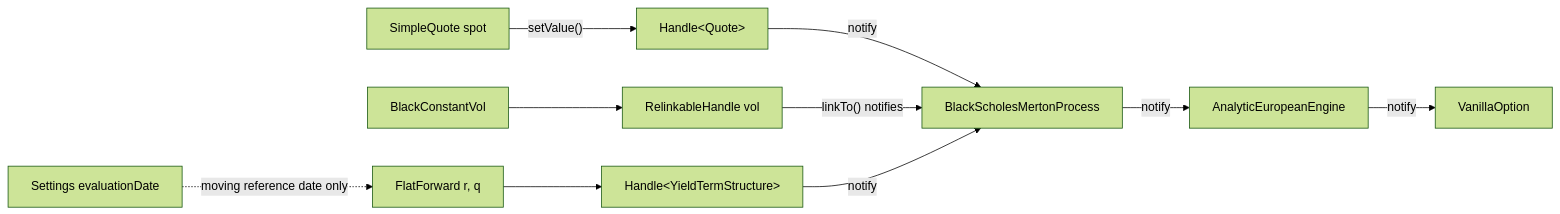
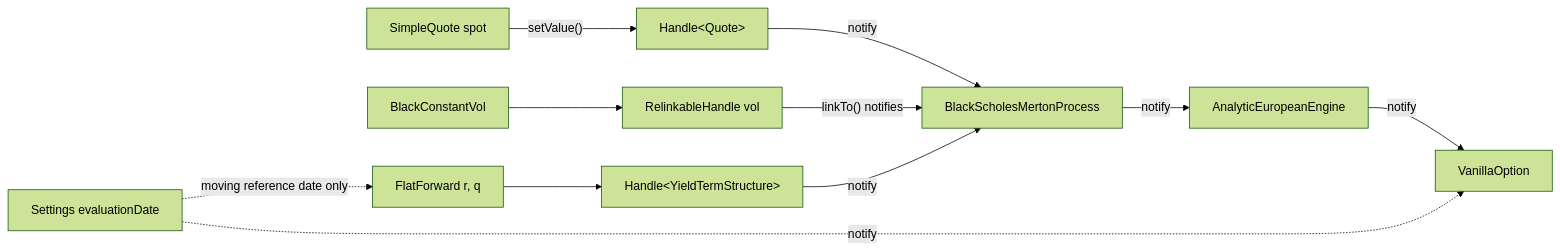
The first of 2 diagrams in _posts/2026-11-18-quantlib-architecture-pricing-library.md (rya-sge/access-denied), drawn with Mermaid (forest theme) before and after one commit. The commit also changed other lines of this file and 24 other files, not shown here.

````diff
--- a/_posts/2026-11-18-quantlib-architecture-pricing-library.md
+++ b/_posts/2026-11-18-quantlib-architecture-pricing-library.md
@@ -95,12 +107,13 @@
 ```mermaid
 flowchart LR
     Q["SimpleQuote spot"] -->|"setValue()"| HQ["Handle#lt;Quote#gt;"]
     V["BlackConstantVol"] --> HV["RelinkableHandle vol"]
     R["FlatForward r, q"] --> HR["Handle#lt;YieldTermStructure#gt;"]
     HQ -->|"notify"| P["BlackScholesMertonProcess"]
     HV -->|"linkTo() notifies"| P
     HR -->|"notify"| P
     P -->|"notify"| E["AnalyticEuropeanEngine"]
     E -->|"notify"| I["VanillaOption"]
     S["Settings evaluationDate"] -.->|"moving reference date only"| R
+    S -.->|"notify"| I
 ```
````
